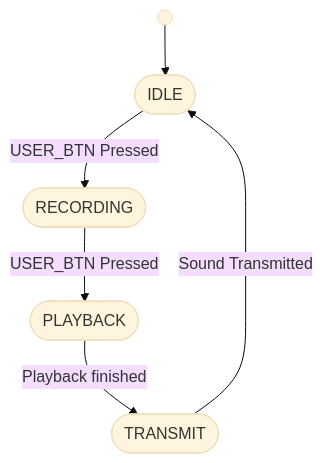
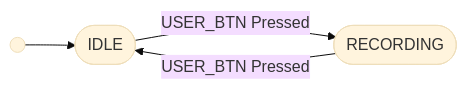
Before and after one commit to piwithy/stm32pdm: the third of 5 diagrams in 03_Embedding/parrot/Readme.md, drawn with Mermaid (base theme). The commit also changed other lines of this file and 20 other files, not shown here.

````diff
--- a/03_Embedding/parrot/Readme.md
+++ b/03_Embedding/parrot/Readme.md
@@ -13,18 +246,12 @@
 ```mermaid
-graph TD
-    INIT(( ));
-    IDLE([IDLE]);
-    RECORDING([RECORDING]);
-    PLAYBACK([PLAYBACK])
-    TRANSMIT([TRANSMIT])
+graph LR;
+INIT(( ));
+IDLE([IDLE]);
+RECORDING([RECORDING]);
+INIT --> IDLE;
 
-    INIT --> IDLE;
+IDLE -->| USER_BTN Pressed | RECORDING;
 
-    IDLE -->| USER_BTN Pressed | RECORDING;
+RECORDING -->| USER_BTN Pressed | IDLE;
 
-    RECORDING -->| USER_BTN Pressed | PLAYBACK;
-
-    PLAYBACK --> | Playback finished | TRANSMIT
-
-    TRANSMIT -->| Sound Transmitted | IDLE;
 ```
````
